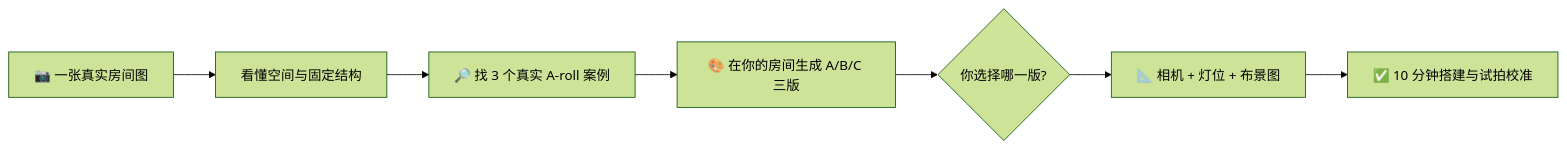
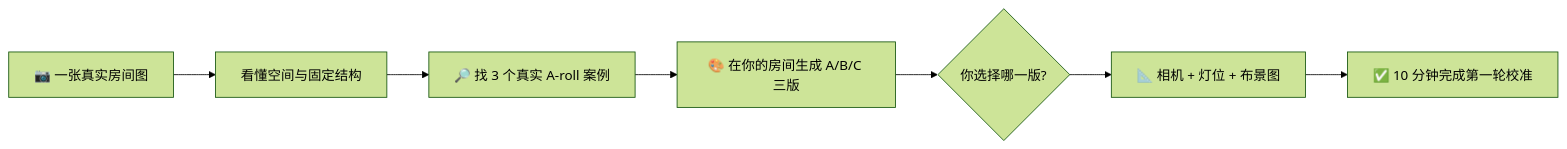
One commit to joshzhao-ai/Josh-creator-scene-skill changed the diagram in README.md. Above: the diagram before and after it, drawn with Mermaid (forest theme). The commit also changed other lines of this file and 8 other files, not shown here.

````diff
--- a/README.md
+++ b/README.md
@@ -113,9 +146,9 @@
 ```mermaid
 flowchart LR
     A[📷 一张真实房间图] --> B[看懂空间与固定结构]
     B --> C[🔎 找 3 个真实 A-roll 案例]
     C --> D[🎨 在你的房间生成 A/B/C 三版]
     D --> E{你选择哪一版?}
     E --> F[📐 相机 + 灯位 + 布景图]
-    F --> G[✅ 10 分钟搭建与试拍校准]
+    F --> G[✅ 10 分钟完成第一轮校准]
 ```
````
